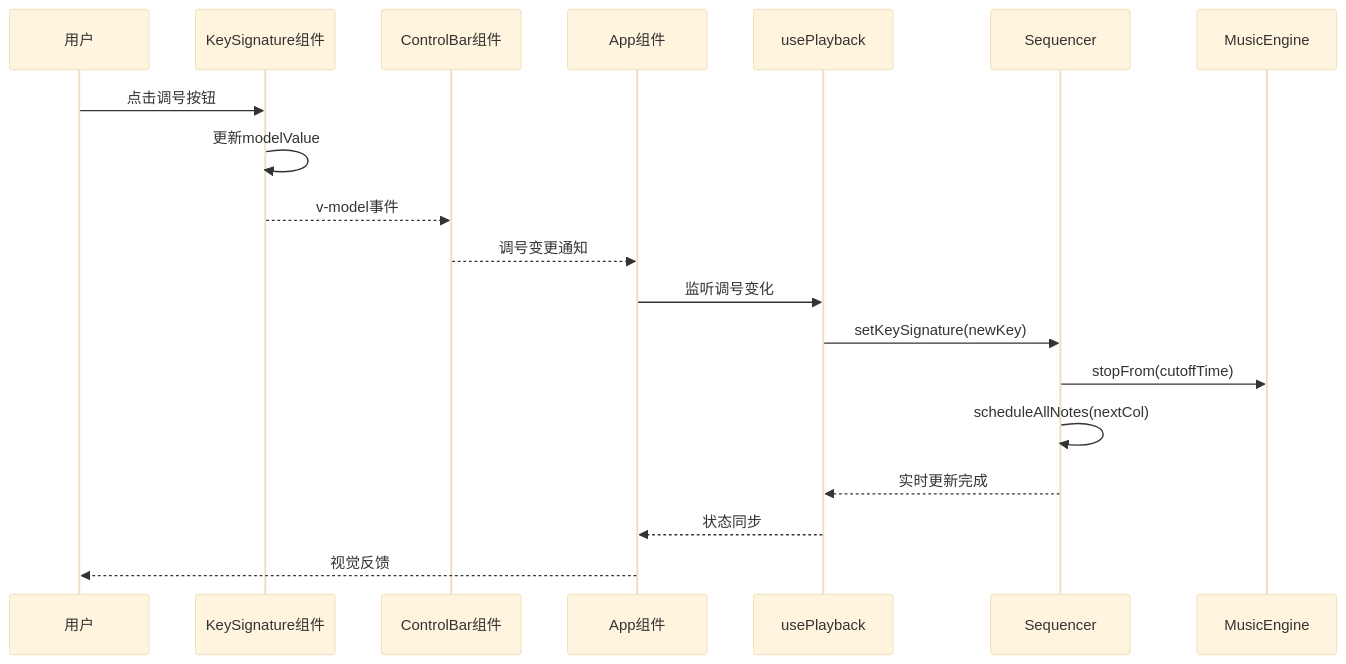
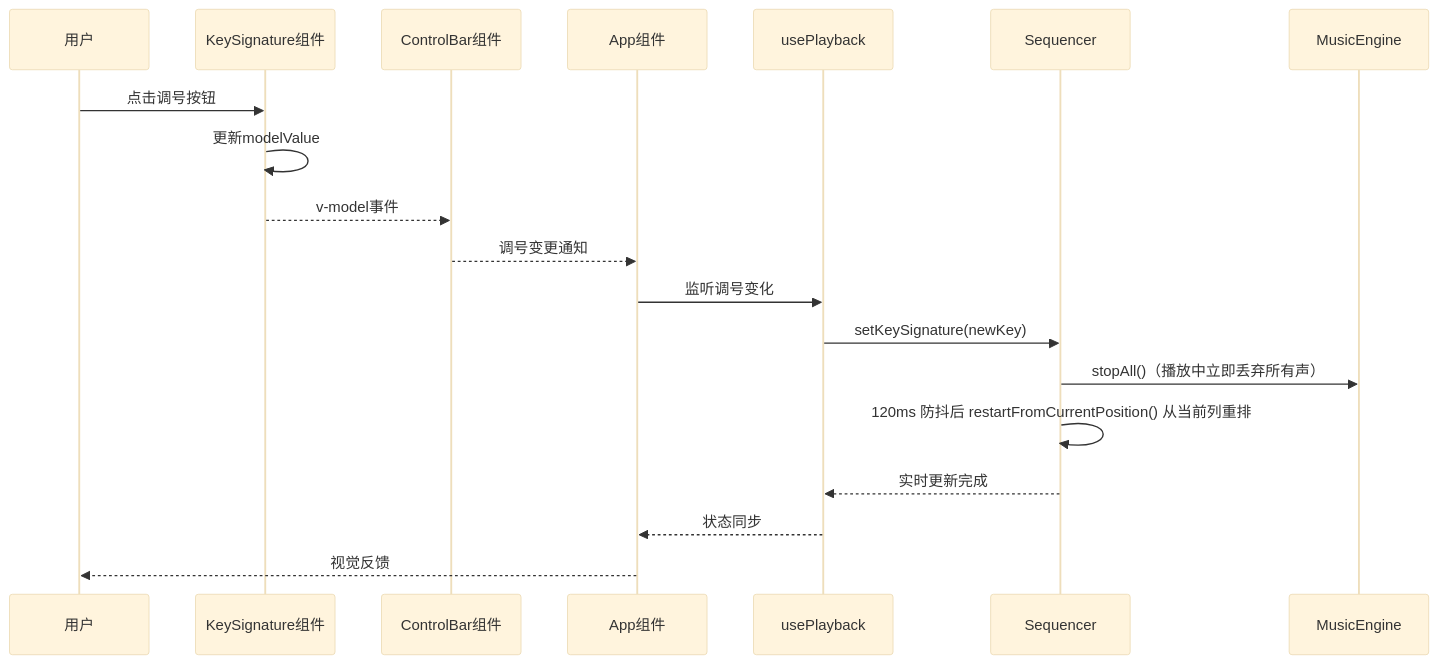
Before and after one commit to wingmeng/SUBOR-Music-Board: the second of 6 diagrams in wiki/用户界面组件/控制栏组件/调号控制组件.md, drawn with Mermaid (base theme). The commit also changed other lines of this file and 45 other files, not shown here.

````diff
--- a/wiki/用户界面组件/控制栏组件/调号控制组件.md
+++ b/wiki/用户界面组件/控制栏组件/调号控制组件.md
@@ -98,21 +98,21 @@
 ```mermaid
 sequenceDiagram
 participant User as 用户
 participant KeySig as KeySignature组件
 participant ControlBar as ControlBar组件
 participant App as App组件
 participant Playback as usePlayback
 participant Sequencer as Sequencer
 participant Engine as MusicEngine
 User->>KeySig : 点击调号按钮
 KeySig->>KeySig : 更新modelValue
 KeySig-->>ControlBar : v-model事件
 ControlBar-->>App : 调号变更通知
 App->>Playback : 监听调号变化
 Playback->>Sequencer : setKeySignature(newKey)
-Sequencer->>Engine : stopFrom(cutoffTime)
-Sequencer->>Sequencer : scheduleAllNotes(nextCol)
+Sequencer->>Engine : stopAll()（播放中立即丢弃所有声）
+Sequencer->>Sequencer : 120ms 防抖后 restartFromCurrentPosition() 从当前列重排
 Sequencer-->>Playback : 实时更新完成
 Playback-->>App : 状态同步
 App-->>User : 视觉反馈
 ```
````
